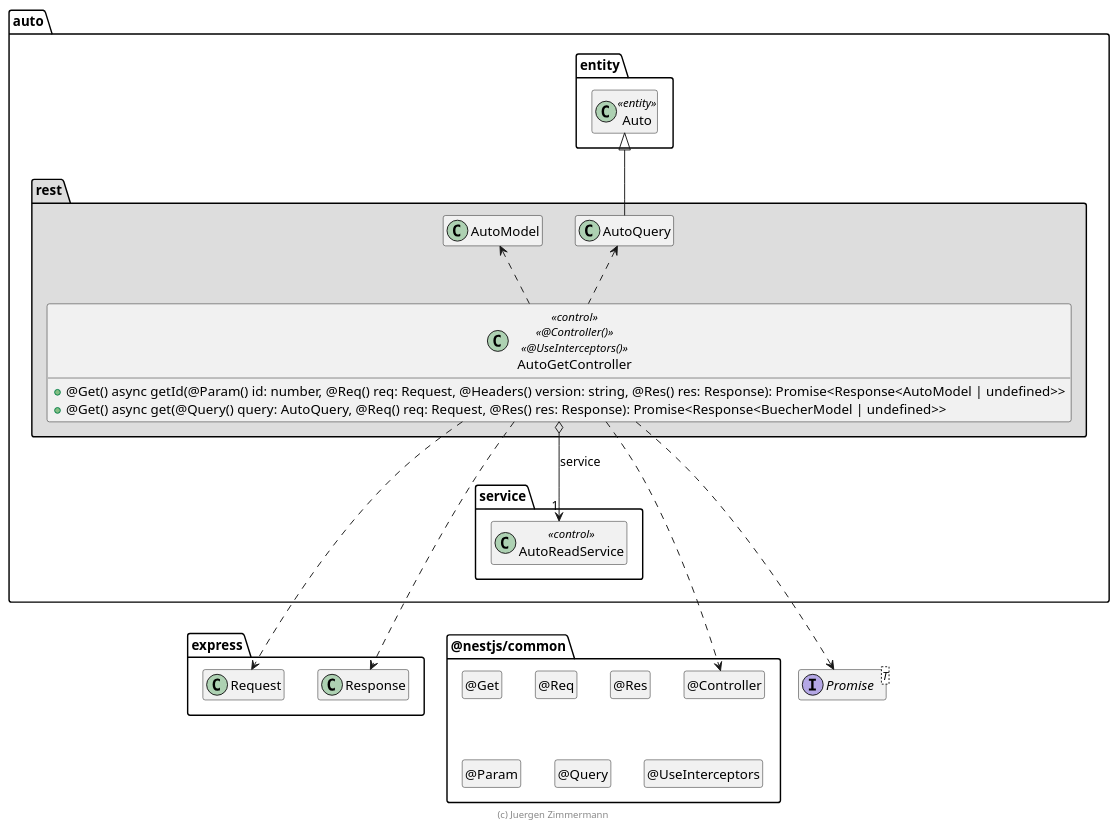
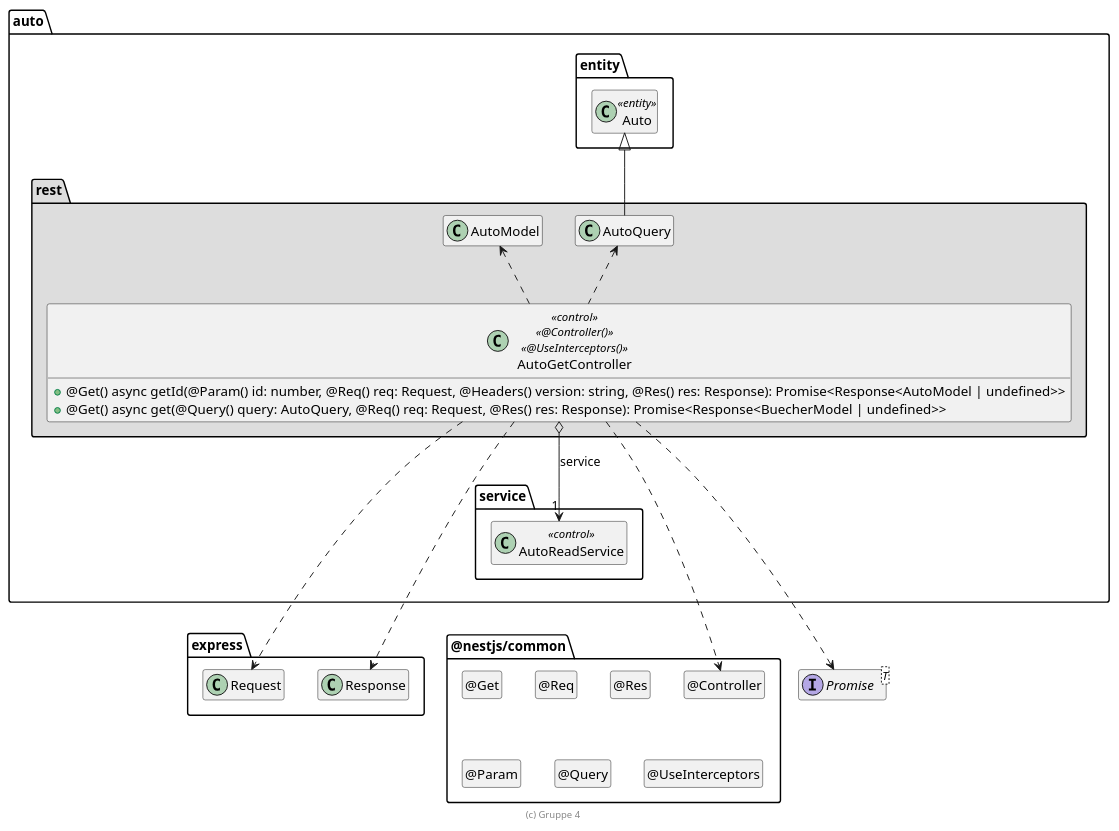
The diagram in .extras/doc/projekthandbuch/AutoGetController.plantuml (dominikwipfler/swe), drawn with PlantUML before and after one commit. The commit also changed other lines of this file and 14 other files, not shown here.

Commit message:
UML Diagramme angepasst

```diff
--- a/.extras/doc/projekthandbuch/AutoGetController.plantuml
+++ b/.extras/doc/projekthandbuch/AutoGetController.plantuml
@@ -18,74 +18,74 @@
 @startuml Controller-Klasse
 
 interface Promise<T>
 
 package @nestjs/common {
   class "@Controller" as Controller
   hide Controller circle
 
   class "@Get" as Get
   hide Get circle
 
   class "@Req" as Req
   hide Req circle
 
   class "@Res" as Res
   hide Res circle
 
   class "@Param" as Param
   hide Param circle
 
   class "@Query" as Query
   hide Query circle
 
   class "@UseInterceptors" as UseInterceptors
   hide UseInterceptors circle
 }
 
 package express {
   class Request
   class Response
 
   Response .[hidden].> Controller
 }
 
 package auto {
   package entity #FFFFFF {
     class Auto <<entity>>
 
     Auto .[hidden].> Promise
     Auto .[hidden].> Request
   }
 
   package service {
     class AutoReadService << control >>
   }
 
   package rest #DDDDDD {
     AutoQuery -up-|> Auto
 
     class AutoGetController << control >> << @Controller() >> << @UseInterceptors() >> {
       + @Get() async getId(@Param() id: number, @Req() req: Request, @Headers() version: string, @Res() res: Response): Promise<Response<AutoModel | undefined>>
       + @Get() async get(@Query() query: AutoQuery, @Req() req: Request,  @Res() res: Response): Promise<Response<BuecherModel | undefined>>
     }
 
     AutoGetController o--> "1" AutoReadService : service
 
     AutoGetController ..> Controller
     AutoGetController ..> Request
     AutoGetController ..> Response
     AutoGetController ..> Promise
     AutoGetController .up.> AutoModel
     AutoGetController .up.> AutoQuery
 
     AutoReadService .[hidden].> Request
     AutoReadService .[hidden].> Promise
     Response .right[hidden].> Controller
   }
 }
 
 hide empty members
 
-footer (c) Juergen Zimmermann
+footer (c) Gruppe 4
 
 @enduml
```
